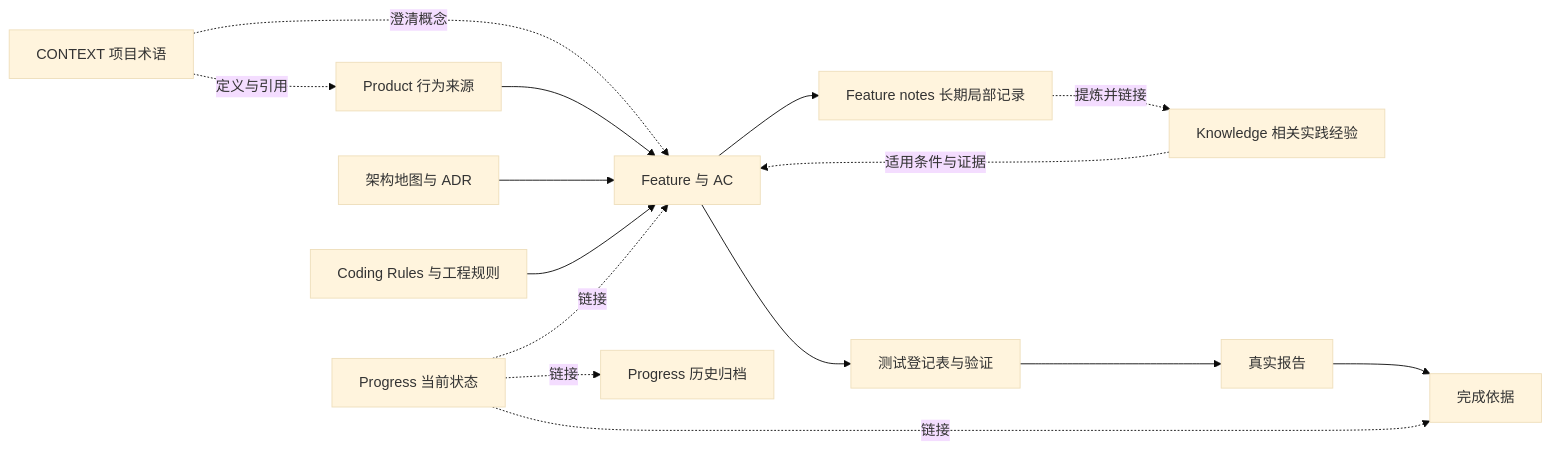
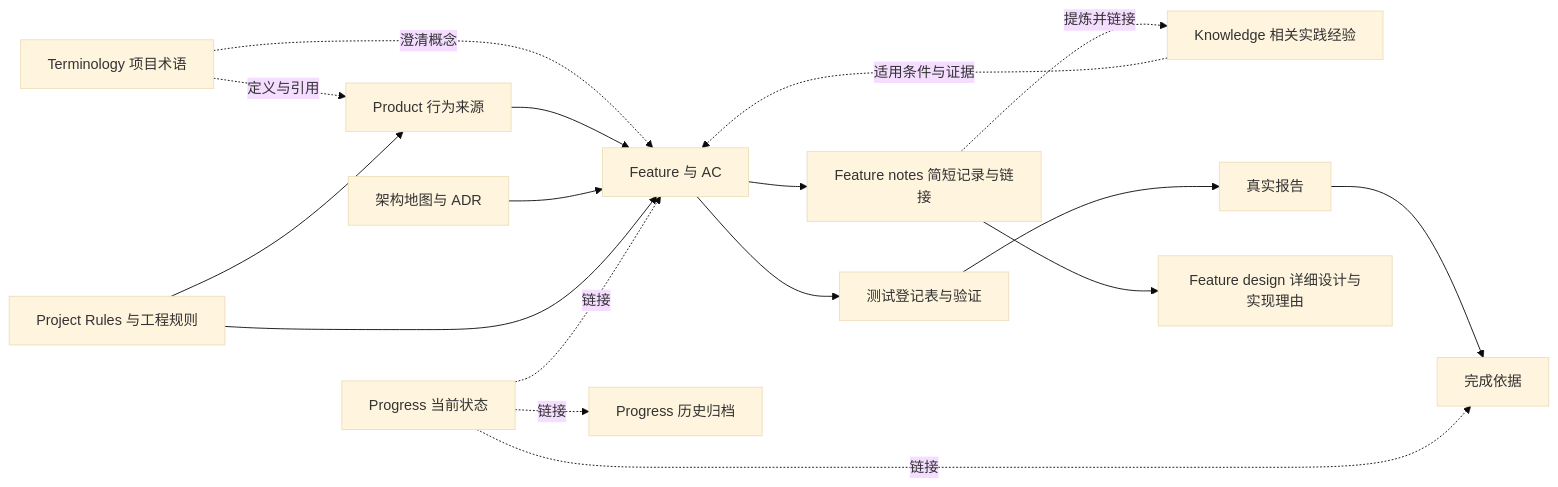
One commit to yxy823/Game_idle_yaya_frame changed the first of 2 diagrams in framework/docs/blank-project/guides/project-knowledge.md. Above: the diagram before and after it, drawn with Mermaid (base theme). The commit also changed other lines of this file and 41 other files, not shown here.

````diff
--- a/framework/docs/blank-project/guides/project-knowledge.md
+++ b/framework/docs/blank-project/guides/project-knowledge.md
@@ -44,17 +46,19 @@
 ```mermaid
 flowchart LR
-    V[CONTEXT 项目术语] -. 定义与引用 .-> P
+    V[Terminology 项目术语] -. 定义与引用 .-> P
     V -. 澄清概念 .-> F
     P[Product 行为来源] --> F[Feature 与 AC]
     A[架构地图与 ADR] --> F
-    C[Coding Rules 与工程规则] --> F
+    C[Project Rules 与工程规则] --> F
+    C --> P
     K[Knowledge 相关实践经验] -. 适用条件与证据 .-> F
     F --> T[测试登记表与验证]
     T --> R[真实报告]
     R --> E[完成依据]
-    F --> N[Feature notes 长期局部记录]
+    F --> N[Feature notes 简短记录与链接]
+    N --> D[Feature design 详细设计与实现理由]
     N -. 提炼并链接 .-> K
     H[Progress 当前状态] -. 链接 .-> F
     H -. 链接 .-> E
     H -. 链接 .-> Z[Progress 历史归档]
 ```
````
